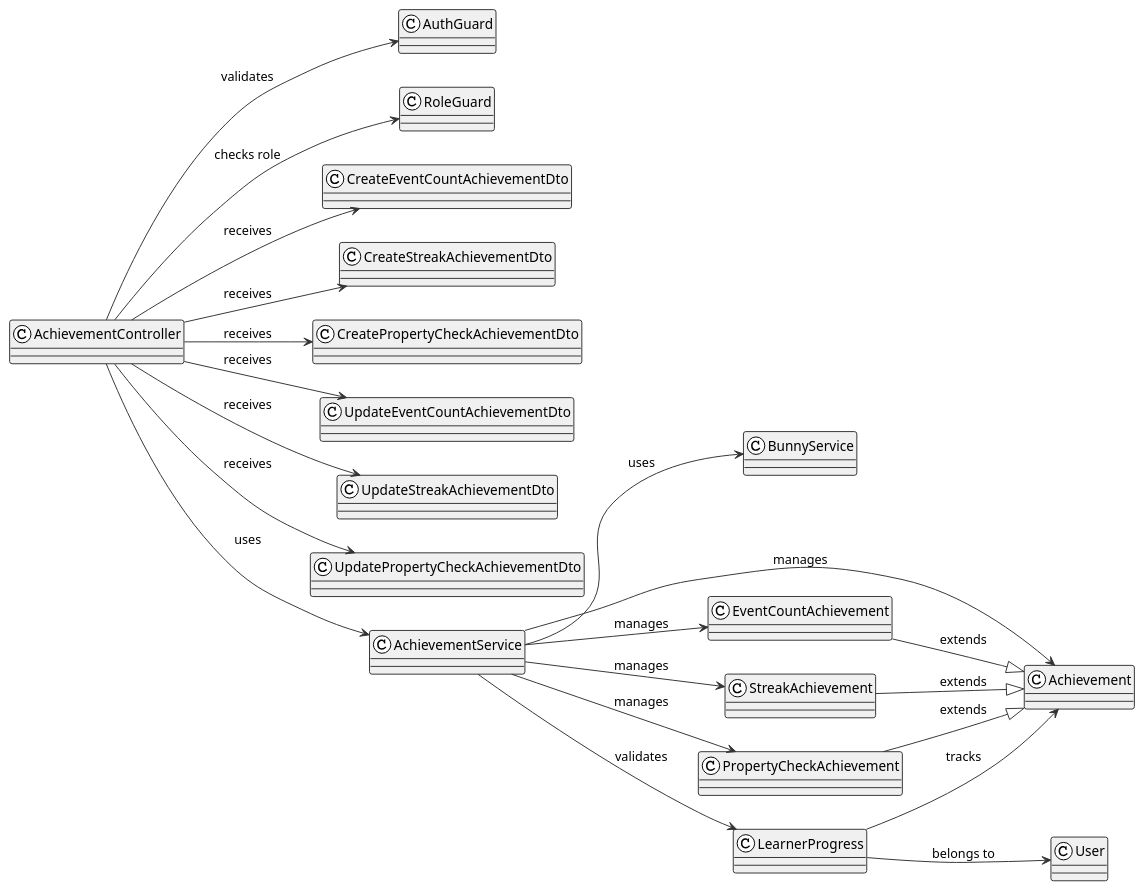
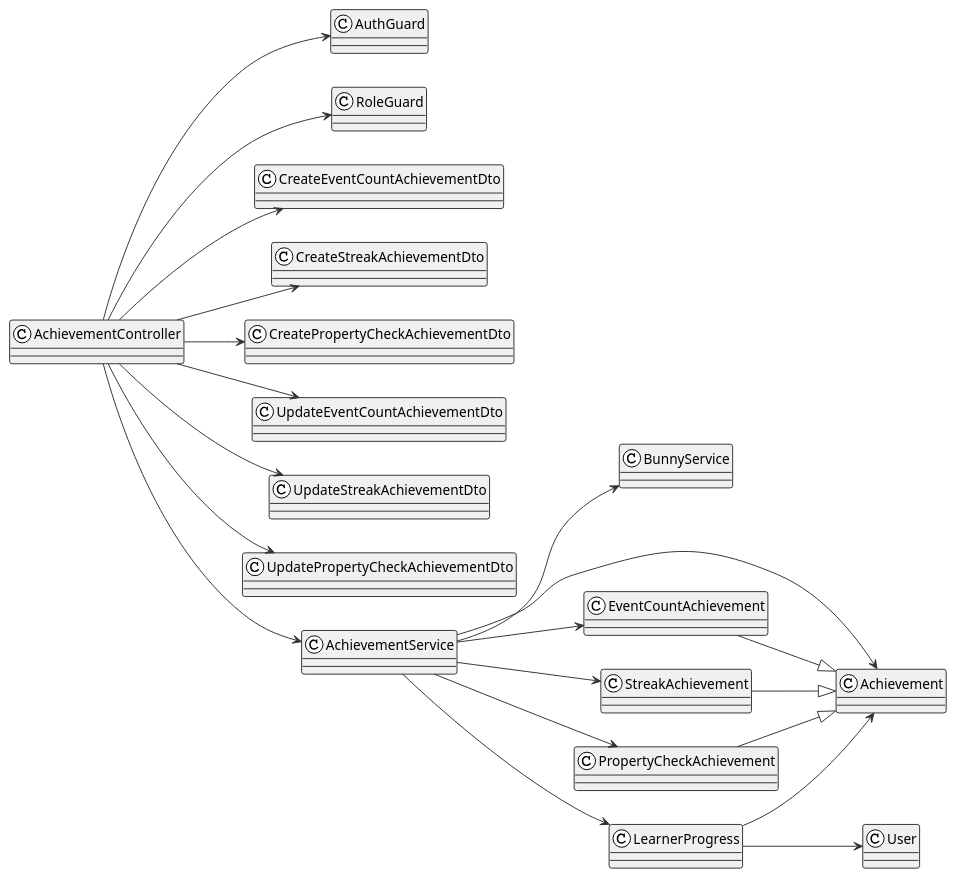
One commit to gs4lthung/capstone-project-be changed the diagram in diagrams/details/update-achievement/class.puml. Above: the diagram before and after it, drawn with PlantUML. The commit also changed 34 other files, not shown here.

First line of the commit message:
Add diagrams for AI subject generation, login module, and manage course features

```diff
--- a/diagrams/details/update-achievement/class.puml
+++ b/diagrams/details/update-achievement/class.puml
@@ -1,128 +1,60 @@
 @startuml UpdateAchievementClassDiagram
 !theme plain
 skinparam classBackgroundColor #f0f0f0
 skinparam classBorderColor #333
 skinparam arrowColor #333
-
 left to right direction
 
-' ════════════════════════════════════════════════════════════════════════════════════
 ' CONTROLLER LAYER
-' ════════════════════════════════════════════════════════════════════════════════════
+class AchievementController {}
 
-class AchievementController {
+' GUARD LAYER
+class AuthGuard {}
+class RoleGuard {}
 
-}
+' DTO LAYER
+class CreateEventCountAchievementDto {}
+class CreateStreakAchievementDto {}
+class CreatePropertyCheckAchievementDto {}
+class UpdateEventCountAchievementDto {}
+class UpdateStreakAchievementDto {}
+class UpdatePropertyCheckAchievementDto {}
 
-' ════════════════════════════════════════════════════════════════════════════════════
-' GUARD LAYER
-' ════════════════════════════════════════════════════════════════════════════════════
+' SERVICE LAYER
+class AchievementService {}
+class BunnyService {}
 
-class AuthGuard {
+' ENTITY LAYER
+class Achievement {}
+class EventCountAchievement {}
+class StreakAchievement {}
+class PropertyCheckAchievement {}
+class LearnerProgress {}
+class User {}
 
-}
+' RELATIONSHIPS
+AchievementController --> AuthGuard
+AchievementController --> RoleGuard
+AchievementController --> AchievementService
+AchievementController --> CreateEventCountAchievementDto
+AchievementController --> CreateStreakAchievementDto
+AchievementController --> CreatePropertyCheckAchievementDto
+AchievementController --> UpdateEventCountAchievementDto
+AchievementController --> UpdateStreakAchievementDto
+AchievementController --> UpdatePropertyCheckAchievementDto
 
-class RoleGuard {
+AchievementService --> BunnyService
+AchievementService --> Achievement
+AchievementService --> EventCountAchievement
+AchievementService --> StreakAchievement
+AchievementService --> PropertyCheckAchievement
+AchievementService --> LearnerProgress
 
-}
+EventCountAchievement --|> Achievement
+StreakAchievement --|> Achievement
+PropertyCheckAchievement --|> Achievement
 
-' ════════════════════════════════════════════════════════════════════════════════════
-' DTO LAYER
-' ════════════════════════════════════════════════════════════════════════════════════
-
-class CreateEventCountAchievementDto {
-
-}
-
-class CreateStreakAchievementDto {
-
-}
-
-class CreatePropertyCheckAchievementDto {
-
-}
-
-class UpdateEventCountAchievementDto {
-
-}
-
-class UpdateStreakAchievementDto {
-
-}
-
-class UpdatePropertyCheckAchievementDto {
-
-}
-
-' ════════════════════════════════════════════════════════════════════════════════════
-' SERVICE LAYER
-' ════════════════════════════════════════════════════════════════════════════════════
-
-class AchievementService {
-
-}
-
-class BunnyService {
-
-}
-
-' ════════════════════════════════════════════════════════════════════════════════════
-' ENTITY LAYER
-' ════════════════════════════════════════════════════════════════════════════════════
-
-class Achievement {
-
-}
-
-class EventCountAchievement {
-
-}
-
-class StreakAchievement {
-
-}
-
-class PropertyCheckAchievement {
-
-}
-
-class LearnerProgress {
-
-}
-
-class User {
-
-}
-
-' ════════════════════════════════════════════════════════════════════════════════════
-' RELATIONSHIPS
-' ════════════════════════════════════════════════════════════════════════════════════
-
-' Controller relationships
-AchievementController --> AuthGuard: validates
-AchievementController --> RoleGuard: checks role
-AchievementController --> AchievementService: uses
-AchievementController --> CreateEventCountAchievementDto: receives
-AchievementController --> CreateStreakAchievementDto: receives
-AchievementController --> CreatePropertyCheckAchievementDto: receives
-AchievementController --> UpdateEventCountAchievementDto: receives
-AchievementController --> UpdateStreakAchievementDto: receives
-AchievementController --> UpdatePropertyCheckAchievementDto: receives
-
-' Service relationships
-AchievementService --> BunnyService: uses
-AchievementService --> Achievement: manages
-AchievementService --> EventCountAchievement: manages
-AchievementService --> StreakAchievement: manages
-AchievementService --> PropertyCheckAchievement: manages
-AchievementService --> LearnerProgress: validates
-
-' Entity relationships
-EventCountAchievement --|> Achievement: extends
-StreakAchievement --|> Achievement: extends
-PropertyCheckAchievement --|> Achievement: extends
-
-LearnerProgress --> Achievement: tracks
-LearnerProgress --> User: belongs to
+LearnerProgress --> Achievement
+LearnerProgress --> User
 
 @enduml
```
